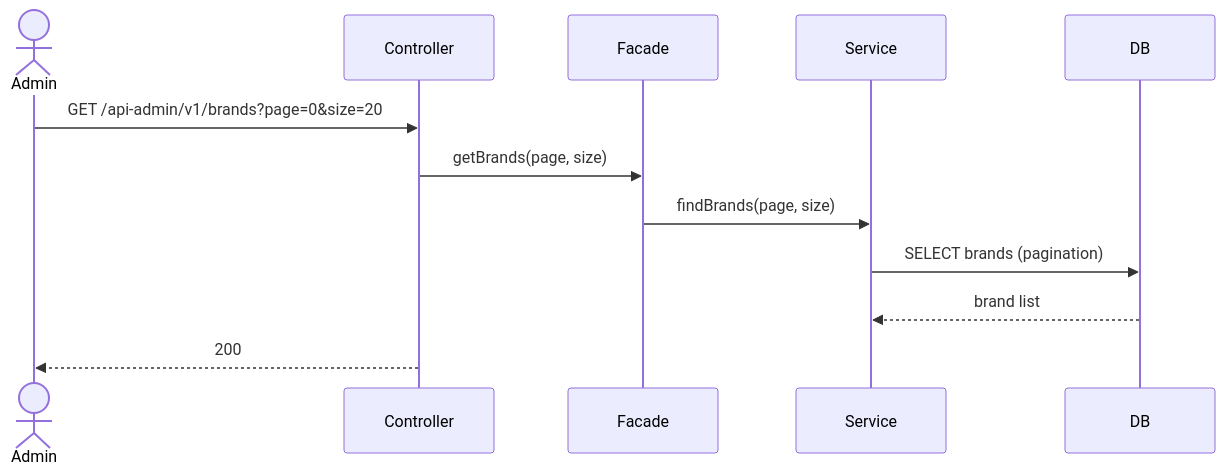
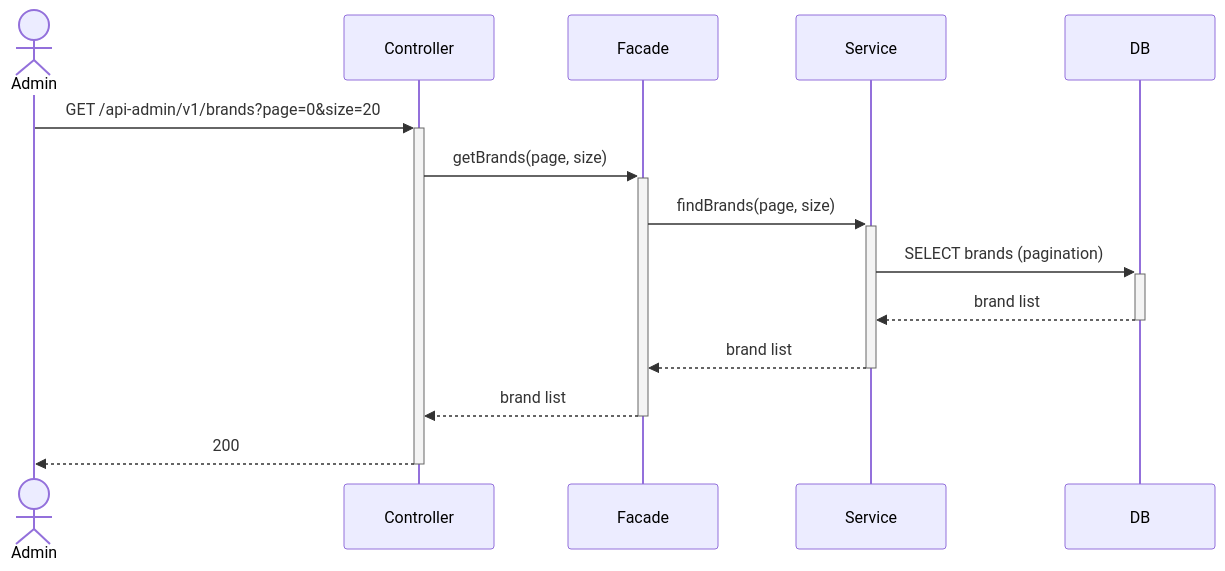
Before and after one commit to loopers-labs/loop-pack-be-l2-vol4-java: diagram 11 of 21 in .docs/design/02-sequence-diagrams.md, drawn with Mermaid. The commit also changed other lines of this file, not shown here.

Commit message:
docs: 시퀀스 다이어그램 수정

````diff
--- a/.docs/design/02-sequence-diagrams.md
+++ b/.docs/design/02-sequence-diagrams.md
@@ -295,15 +334,17 @@
 ```mermaid
 sequenceDiagram
     actor Admin
     participant Controller
     participant Facade
     participant Service
     participant DB
 
-    Admin->>Controller: GET /api-admin/v1/brands?page=0&size=20
-    Controller->>Facade: getBrands(page, size)
-    Facade->>Service: findBrands(page, size)
-    Service->>DB: SELECT brands (pagination)
-    DB-->>Service: brand list
-    Controller-->>Admin: 200
+    Admin->>+Controller: GET /api-admin/v1/brands?page=0&size=20
+    Controller->>+Facade: getBrands(page, size)
+    Facade->>+Service: findBrands(page, size)
+    Service->>+DB: SELECT brands (pagination)
+    DB-->>-Service: brand list
+    Service-->>-Facade: brand list
+    Facade-->>-Controller: brand list
+    Controller-->>-Admin: 200
 ```
````
